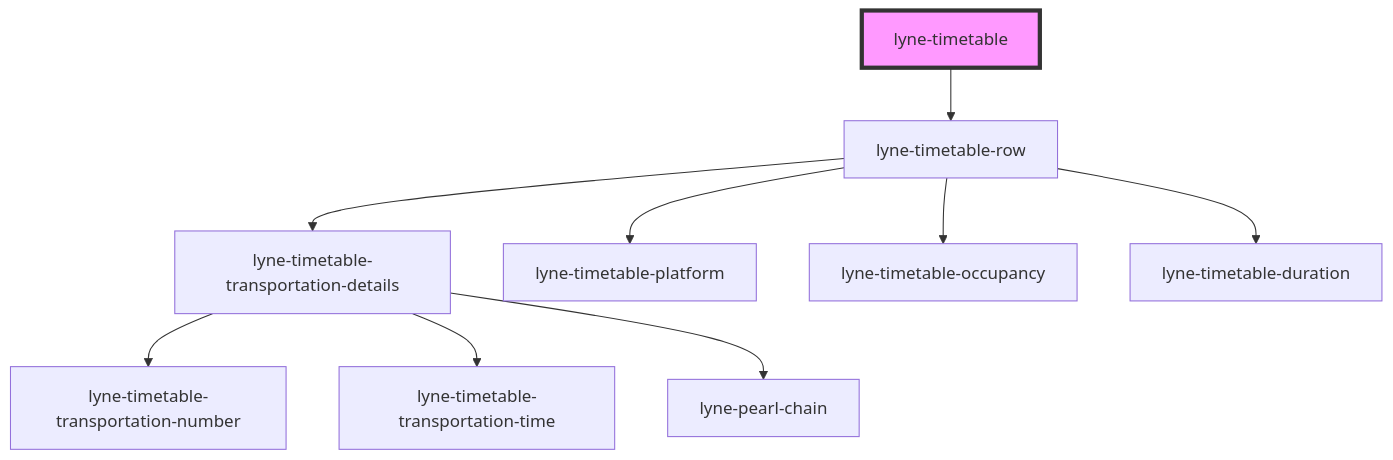
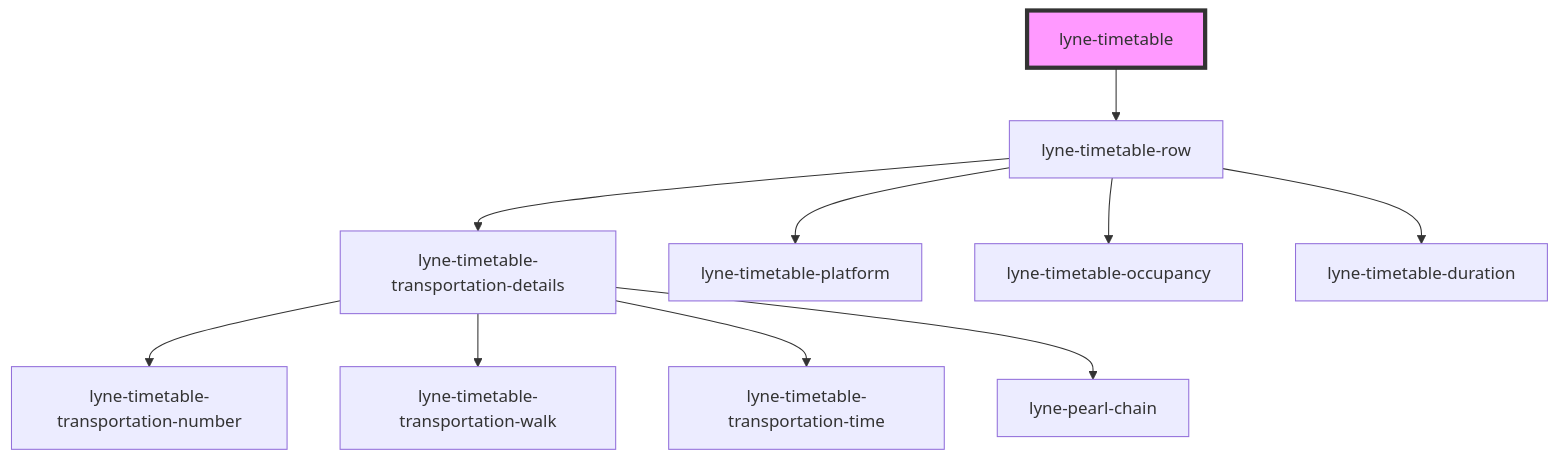
One commit to sbb-design-systems/lyne-components changed the diagram in src/components/lyne-timetable/readme.md. Above: the diagram before and after it, drawn with Mermaid. The commit also changed 18 other files, not shown here.

Commit message:
feat: adding lyne-timetable-transportation-walk module

````diff
--- a/src/components/lyne-timetable/readme.md
+++ b/src/components/lyne-timetable/readme.md
@@ -22,12 +22,13 @@
 ```mermaid
 graph TD;
   lyne-timetable --> lyne-timetable-row
   lyne-timetable-row --> lyne-timetable-transportation-details
   lyne-timetable-row --> lyne-timetable-platform
   lyne-timetable-row --> lyne-timetable-occupancy
   lyne-timetable-row --> lyne-timetable-duration
   lyne-timetable-transportation-details --> lyne-timetable-transportation-number
+  lyne-timetable-transportation-details --> lyne-timetable-transportation-walk
   lyne-timetable-transportation-details --> lyne-timetable-transportation-time
   lyne-timetable-transportation-details --> lyne-pearl-chain
   style lyne-timetable fill:#f9f,stroke:#333,stroke-width:4px
 ```
````
